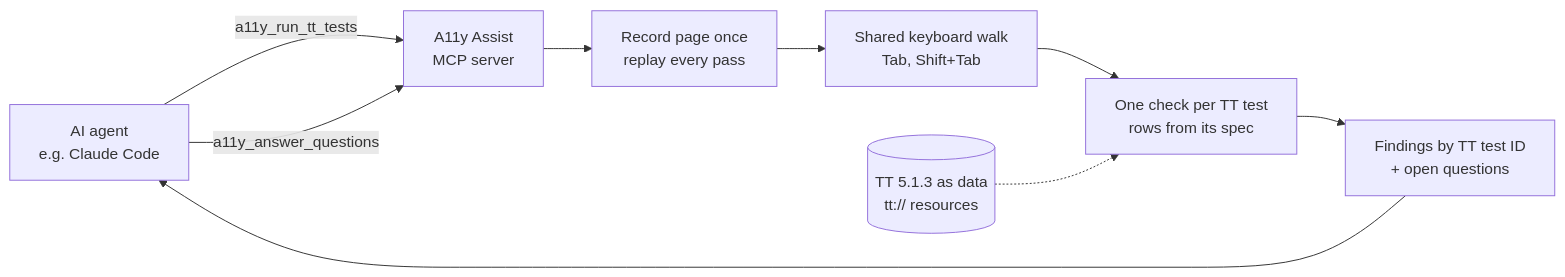
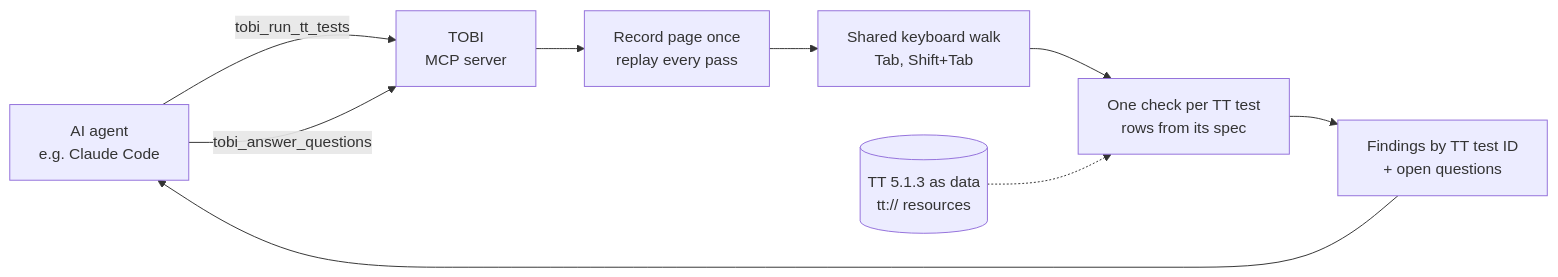
One commit to abbybowman/a11y-assist changed the diagram in docs/hackathon/deck.md. Above: the diagram before and after it, drawn with Mermaid. The commit also changed other lines of this file and 221 other files, not shown here.

````diff
--- a/docs/hackathon/deck.md
+++ b/docs/hackathon/deck.md
@@ -65,11 +65,11 @@
 ```mermaid
 flowchart LR
-  A[AI agent<br/>e.g. Claude Code] -->|a11y_run_tt_tests| S[A11y Assist<br/>MCP server]
-  A -->|a11y_answer_questions| S
+  A[AI agent<br/>e.g. Claude Code] -->|tobi_run_tt_tests| S[TOBI<br/>MCP server]
+  A -->|tobi_answer_questions| S
   S --> R[Record page once<br/>replay every pass]
   R --> W[Shared keyboard walk<br/>Tab, Shift+Tab]
   W --> C[One check per TT test<br/>rows from its spec]
   C --> F[Findings by TT test ID<br/>+ open questions]
   F --> A
   T[(TT 5.1.3 as data<br/>tt:// resources)] -.-> C
 ```
````
